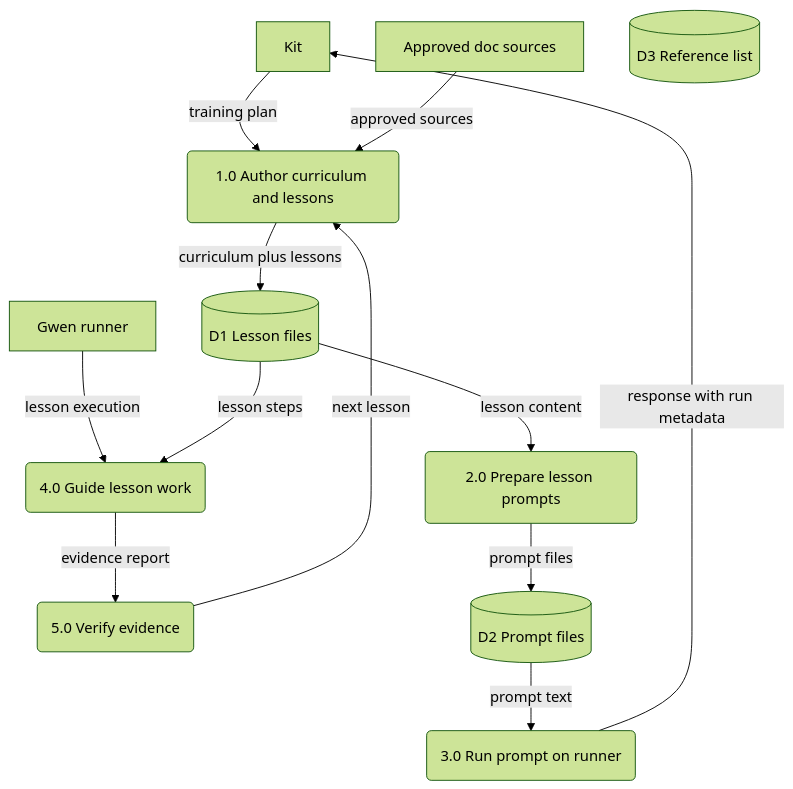
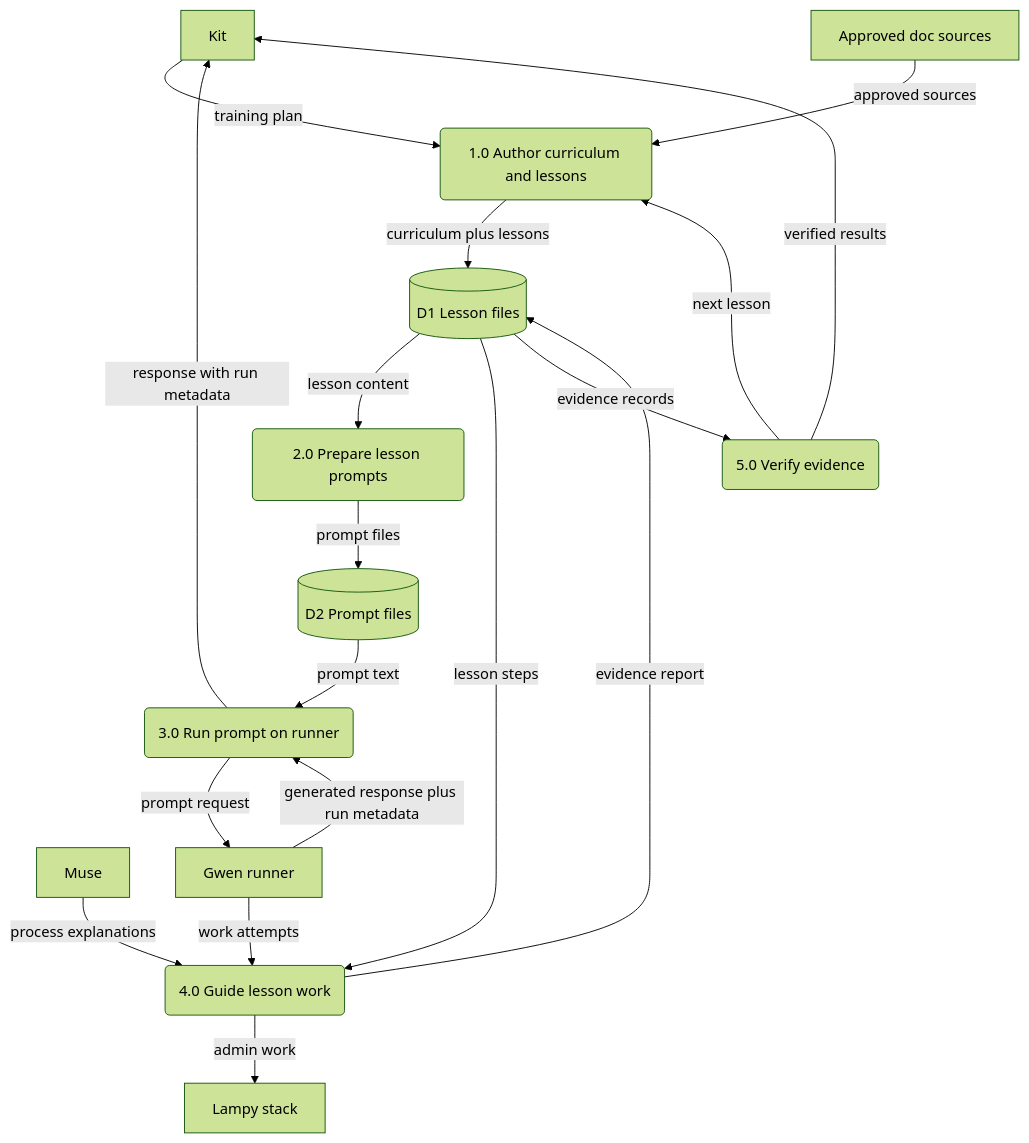
One commit to cosbykit-afk/gwen-training changed the second of 3 diagrams in docs/architecture.md. Above: the diagram before and after it, drawn with Mermaid (forest theme). The commit also changed other lines of this file, not shown here.

Commit message:
docs: improve architecture diagrams — grounded context, DFD, and ERD

````diff
--- a/docs/architecture.md
+++ b/docs/architecture.md
@@ -25,25 +40,32 @@
 ```mermaid
 flowchart
     E1["Kit"]
-    E2["Gwen runner"]
+    E2["Muse"]
     E3["Approved doc sources"]
+    E4["Gwen runner"]
+    E5["Lampy stack"]
     P1("1.0 Author curriculum and lessons")
     P2("2.0 Prepare lesson prompts")
     P3("3.0 Run prompt on runner")
     P4("4.0 Guide lesson work")
     P5("5.0 Verify evidence")
     D1[("D1 Lesson files")]
     D2[("D2 Prompt files")]
-    D3[("D3 Reference list")]
     E1 -->|"training plan"| P1
     E3 -->|"approved sources"| P1
     P1 -->|"curriculum plus lessons"| D1
     D1 -->|"lesson content"| P2
     P2 -->|"prompt files"| D2
     D2 -->|"prompt text"| P3
+    P3 -->|"prompt request"| E4
+    E4 -->|"generated response plus run metadata"| P3
     P3 -->|"response with run metadata"| E1
-    E2 -->|"lesson execution"| P4
+    E2 -->|"process explanations"| P4
     D1 -->|"lesson steps"| P4
-    P4 -->|"evidence report"| P5
+    E4 -->|"work attempts"| P4
+    P4 -->|"evidence report"| D1
+    P4 -->|"admin work"| E5
+    D1 -->|"evidence records"| P5
+    P5 -->|"verified results"| E1
     P5 -->|"next lesson"| P1
 ```
````
